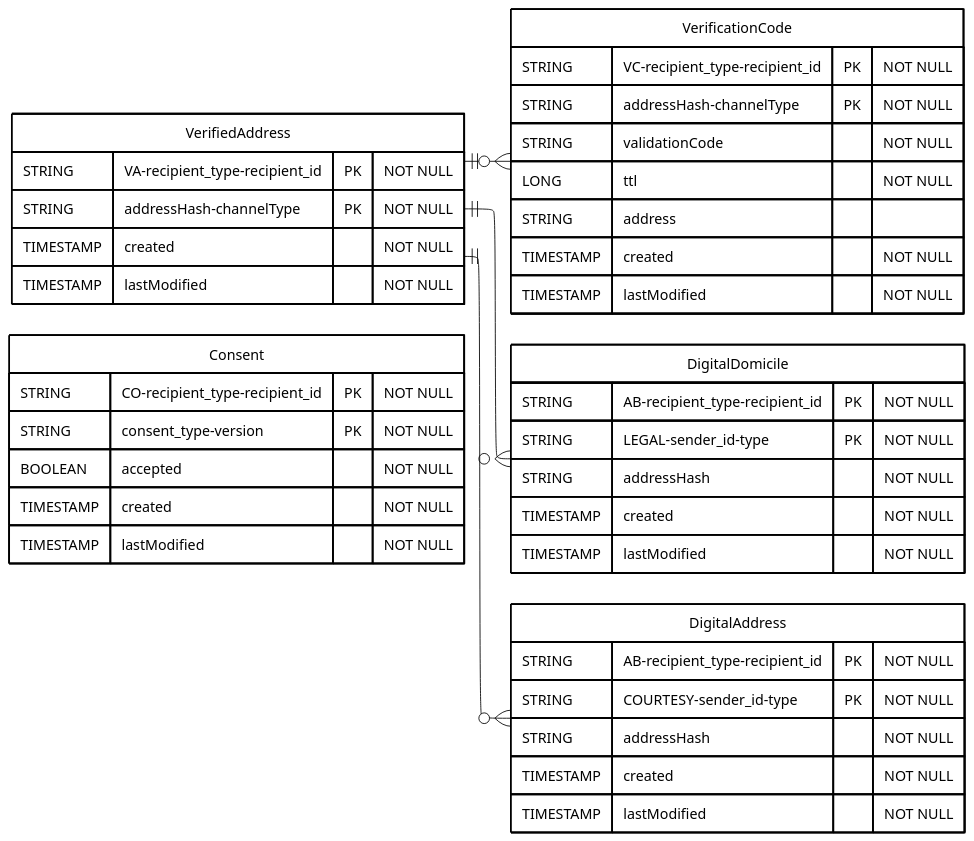
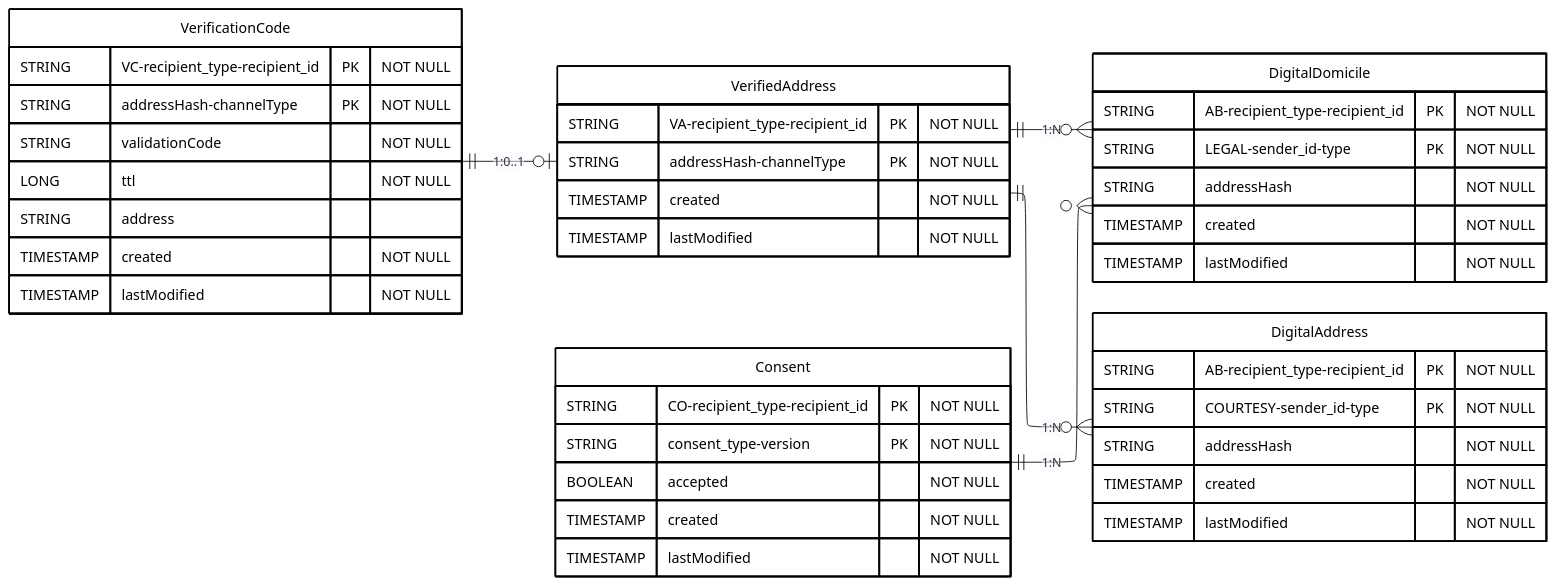
Before and after one commit to pagopa/pn-metrics: the diagram in send_diagrams/data-models/domicili_e_recapiti_digitali/domicili_e_recapiti_digitali.mmd, drawn with Mermaid. The commit also changed 4 other files, not shown here.

Commit message:
docs: update domicili_e_recapiti_digitali mermaid diagram

```diff
--- a/send_diagrams/data-models/domicili_e_recapiti_digitali/domicili_e_recapiti_digitali.mmd
+++ b/send_diagrams/data-models/domicili_e_recapiti_digitali/domicili_e_recapiti_digitali.mmd
@@ -1,71 +1,82 @@
 ---
 config:
   layout: elk
   theme: base
 ---
 erDiagram
 
     %% diagram version: 0.0.1
 
     %% sources:
-    %% - pn-user-attributes Address Book + User Consents
-    %% - dc-user-attributes.yaml
+    %% - dc-pn-user-attributes.yaml
+    %%   id: urn:send:recapiti-deleghe:user-attributes
+    %%   version: 0.0.1
 
     direction LR
 
     VerificationCode {
         STRING VC-recipient_type-recipient_id PK "NOT NULL"
         STRING addressHash-channelType PK "NOT NULL"
         STRING validationCode "NOT NULL"
         LONG ttl "NOT NULL"
         STRING address
         TIMESTAMP created "NOT NULL"
         TIMESTAMP lastModified "NOT NULL"
     }
 
     VerifiedAddress {
         STRING VA-recipient_type-recipient_id PK "NOT NULL"
         STRING addressHash-channelType PK "NOT NULL"
         TIMESTAMP created "NOT NULL"
         TIMESTAMP lastModified "NOT NULL"
     }
 
     DigitalDomicile {
         STRING AB-recipient_type-recipient_id PK "NOT NULL"
         STRING LEGAL-sender_id-type PK "NOT NULL"
         STRING addressHash "NOT NULL"
         TIMESTAMP created "NOT NULL"
         TIMESTAMP lastModified "NOT NULL"
     }
 
     DigitalAddress {
         STRING AB-recipient_type-recipient_id PK "NOT NULL"
         STRING COURTESY-sender_id-type PK "NOT NULL"
         STRING addressHash "NOT NULL"
         TIMESTAMP created "NOT NULL"
         TIMESTAMP lastModified "NOT NULL"
     }
 
     Consent {
         STRING CO-recipient_type-recipient_id PK "NOT NULL"
         STRING consent_type-version PK "NOT NULL"
         BOOLEAN accepted "NOT NULL"
         TIMESTAMP created "NOT NULL"
         TIMESTAMP lastModified "NOT NULL"
     }
 
     %% RELAZIONI
 
-    VerifiedAddress ||--o{ VerificationCode : ""
+    %% VerificationCode.addressHash-channelType = VerifiedAddress.addressHash-channelType
+    %% Un indirizzo verificato deriva da un precedente record di validazione OTP
+    VerificationCode ||--o| VerifiedAddress : "1:0..1"
 
-    VerifiedAddress ||--o{ DigitalDomicile : ""
+    %% VerifiedAddress.addressHash-channelType = DigitalDomicile.addressHash
+    %% Un indirizzo verificato può essere utilizzato da uno o più domicili legali (default o per ente)
+    VerifiedAddress ||--o{ DigitalDomicile : "1:N"
 
-    VerifiedAddress ||--o{ DigitalAddress : ""
+    %% VerifiedAddress.addressHash-channelType = DigitalAddress.addressHash
+    %% Un indirizzo verificato può essere utilizzato da uno o più recapiti di cortesia (default o per ente)
+    VerifiedAddress ||--o{ DigitalAddress : "1:N"
+
+    %% Consent.rcptId = DigitalDomicile.rcptId
+    %% Alcuni domicili legali (es. SERCQ) richiedono il previo consenso dell'utente
+    Consent ||--o{ DigitalDomicile : "1:N"
 
     %% STILE
 
     style VerificationCode fill:#FFFFFF,stroke:#000000,stroke-width:2px,color:#000000
     style VerifiedAddress fill:#FFFFFF,stroke:#000000,stroke-width:2px,color:#000000
     style DigitalDomicile fill:#FFFFFF,stroke:#000000,stroke-width:2px,color:#000000
     style DigitalAddress fill:#FFFFFF,stroke:#000000,stroke-width:2px,color:#000000
     style Consent fill:#FFFFFF,stroke:#000000,stroke-width:2px,color:#000000
```
